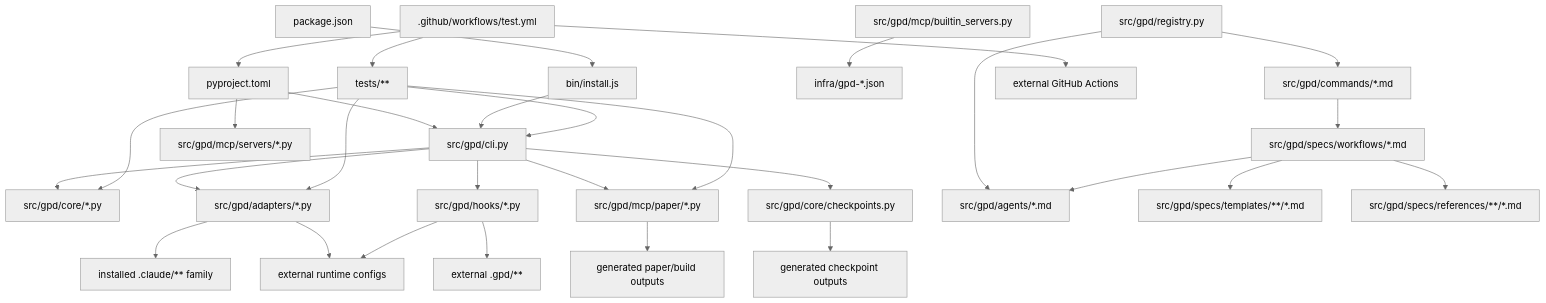
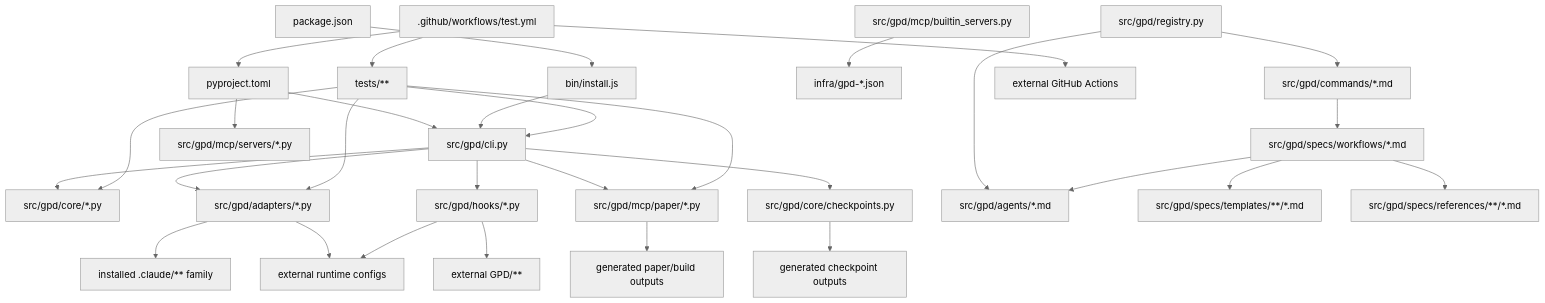
The diagram in tests/README.md (psi-oss/get-physics-done), drawn with Mermaid (neutral theme) before and after one commit. The commit also changed other lines of this file and 317 other files, not shown here.

````diff
--- a/tests/README.md
+++ b/tests/README.md
@@ -105,32 +105,32 @@
 ```mermaid
 flowchart TD
     package_json[package.json] --> install_js[bin/install.js]
     pyproject[pyproject.toml] --> cli[src/gpd/cli.py]
     pyproject --> mcp_scripts[src/gpd/mcp/servers/*.py]
     install_js --> cli
     cli --> core[src/gpd/core/*.py]
     cli --> adapters[src/gpd/adapters/*.py]
     cli --> hooks[src/gpd/hooks/*.py]
     cli --> paper[src/gpd/mcp/paper/*.py]
     cli --> checkpoints[src/gpd/core/checkpoints.py]
     registry[src/gpd/registry.py] --> commands[src/gpd/commands/*.md]
     registry --> agents[src/gpd/agents/*.md]
     commands --> workflows[src/gpd/specs/workflows/*.md]
     workflows --> templates[src/gpd/specs/templates/**/*.md]
     workflows --> refs[src/gpd/specs/references/**/*.md]
     workflows --> agents
     adapters --> claude_artifacts[installed .claude/** family]
     adapters --> runtime_cfg[external runtime configs]
     hooks --> runtime_cfg
-    hooks --> workspace_state[external .gpd/**]
+    hooks --> workspace_state[external GPD/**]
     builtin[src/gpd/mcp/builtin_servers.py] --> infra[infra/gpd-*.json]
     paper --> paper_outputs[generated paper/build outputs]
     checkpoints --> checkpoint_outputs[generated checkpoint outputs]
     tests[tests/**] --> cli
     tests --> core
     tests --> adapters
     tests --> paper
     ci[.github/workflows/test.yml] --> tests
     ci --> pyproject
     ci --> gh_actions[external GitHub Actions]
 ```
````
